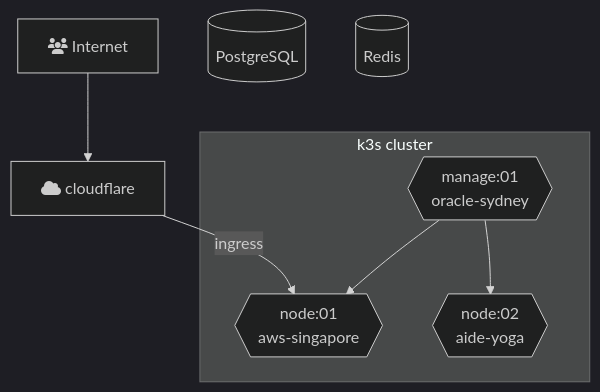
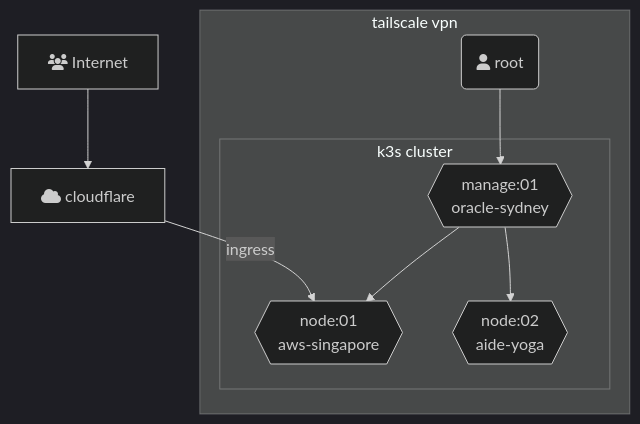
The first of 2 diagrams in README.md (dvgamerr-app/dvgamerr-app.github.io), drawn with Mermaid (dark theme) before and after one commit. The commit also changed other lines of this file, not shown here.

````diff
--- a/README.md
+++ b/README.md
@@ -28,17 +28,20 @@
 ```mermaid
 graph TB
 IN[fa:fa-users Internet]
 CF[fa:fa-cloud cloudflare]
 K3S_1{{manage:01\noracle-sydney}}
 K3S_2{{node:01\naws-singapore}}
 K3S_3{{node:02\naide-yoga}}
-DB1[(PostgreSQL)]
-DB2[(Redis)]
+RT(fa:fa-user root)
 
 IN --> CF
 CF --> |ingress| K3S_2
+
+subgraph ide2 [tailscale vpn]
+RT --> K3S_1
 subgraph ide1 [k3s cluster]
 K3S_1 --> K3S_2
 K3S_1 --> K3S_3
 end
+end
 ```
````
